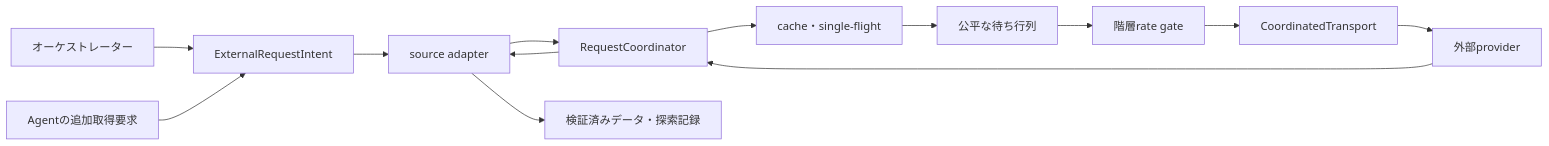
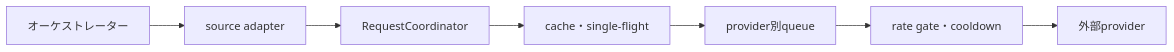
The diagram in docs/decisions/0001-centralize-external-request-coordination.md (toike08D17012/system-trade-with-llm-orchestrator), drawn with Mermaid before and after one commit. The commit also changed other lines of this file and 10 other files, not shown here.

````diff
--- a/docs/decisions/0001-centralize-external-request-coordination.md
+++ b/docs/decisions/0001-centralize-external-request-coordination.md
@@ -51,15 +23,9 @@
 ```mermaid
 flowchart LR
-    O[オーケストレーター] --> I[ExternalRequestIntent]
-    A[Agentの追加取得要求] --> I
-    I --> S[source adapter]
-    S --> C[RequestCoordinator]
+    O[オーケストレーター] --> A[source adapter]
+    A --> C[RequestCoordinator]
     C --> K[cache・single-flight]
-    K --> Q[公平な待ち行列]
-    Q --> G[階層rate gate]
-    G --> T[CoordinatedTransport]
-    T --> P[外部provider]
-    P --> C
-    C --> S
-    S --> E[検証済みデータ・探索記録]
+    K --> Q[provider別queue]
+    Q --> G[rate gate・cooldown]
+    G --> P[外部provider]
 ```
````
